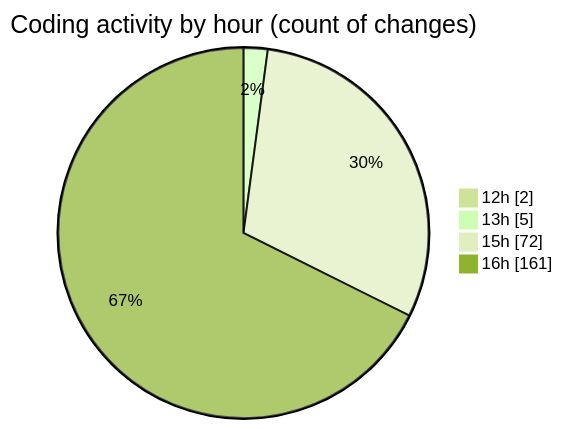
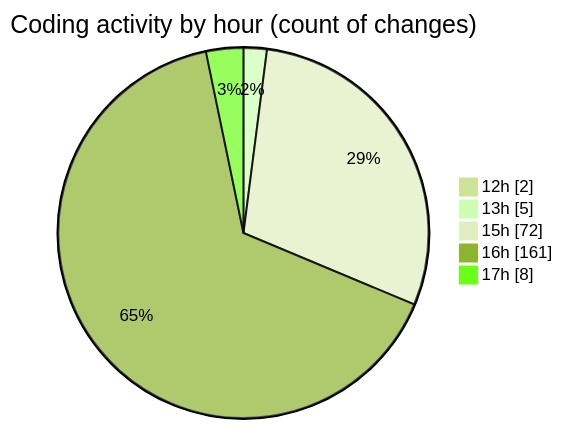
One commit to EIIisD/code-tracking changed the second of 2 diagrams in 2025-07-12/fish/README.md. Above: the diagram before and after it, drawn with Mermaid (forest theme). The commit also changed other lines of this file and 1 other file, not shown here.

````diff
--- a/2025-07-12/fish/README.md
+++ b/2025-07-12/fish/README.md
@@ -153,8 +157,9 @@
 ```mermaid
 pie showData
 title Coding activity by hour (count of changes)
 "12h" : 2
 "13h" : 5
 "15h" : 72
 "16h" : 161
+"17h" : 8
 ```
````
